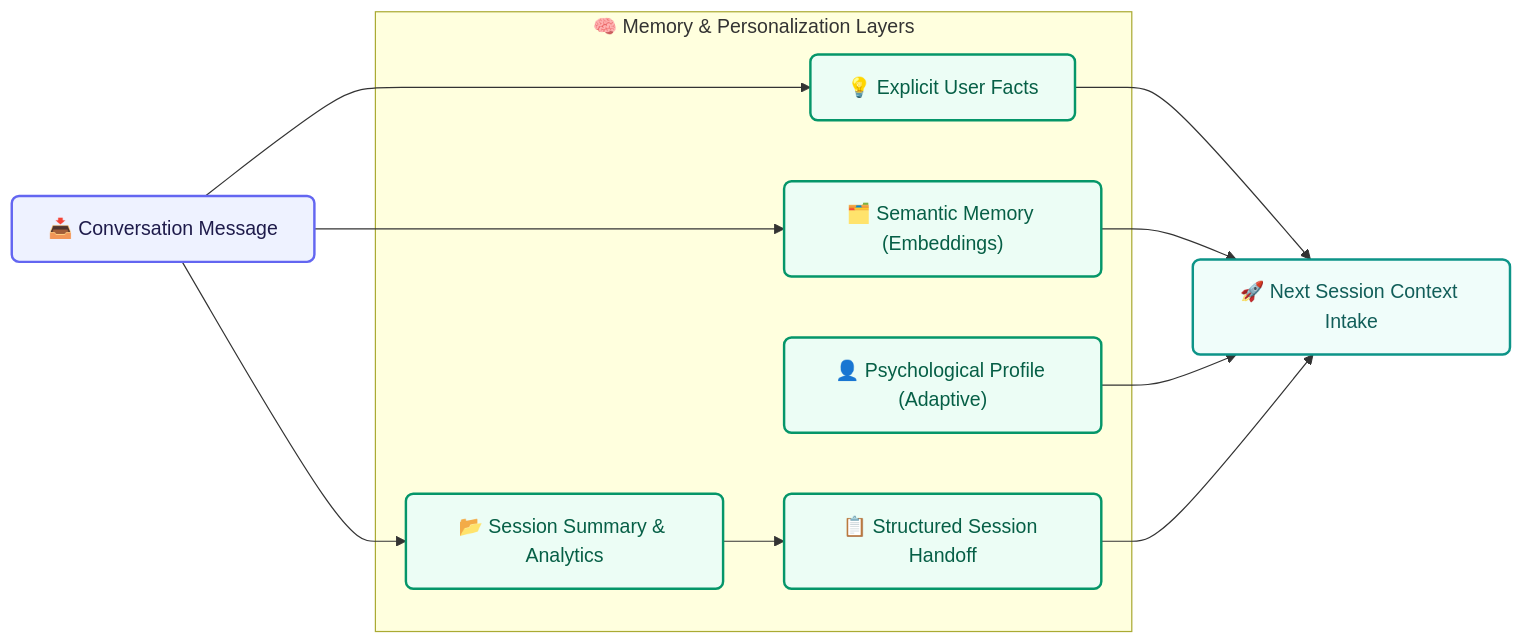
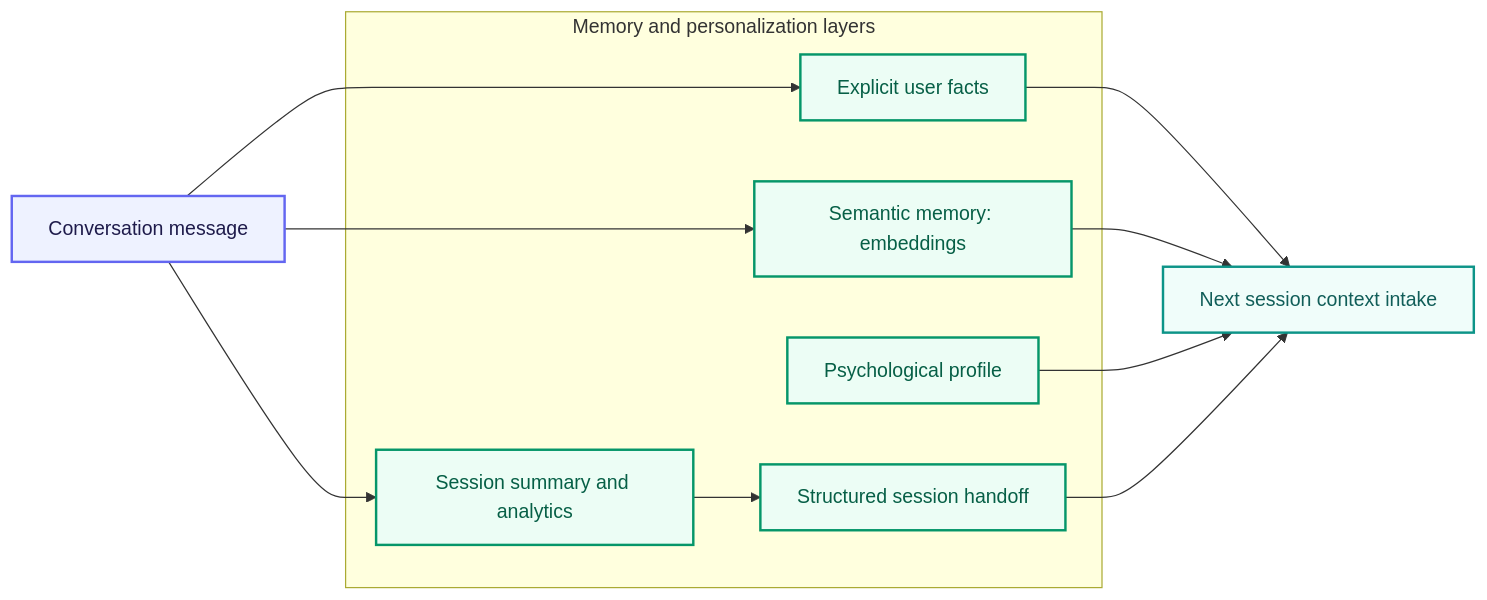
Before and after one commit to taha-mehmood-03/Personlaized-Trainer-Using-Agentic-AI: diagram 13 of 20 in README.md, drawn with Mermaid. The commit also changed other lines of this file, not shown here.

````diff
--- a/README.md
+++ b/README.md
@@ -1064,28 +893,25 @@
 ```mermaid
 flowchart LR
-    %% Class Definitions
-    classDef client fill:#EEF2FF,stroke:#6366F1,stroke-width:2px,color:#1E1B4B,rx:6px,ry:6px;
-    classDef agent fill:#F0FDFA,stroke:#0D9488,stroke-width:2px,color:#115E59,rx:6px,ry:6px;
-    classDef data fill:#ECFDF5,stroke:#059669,stroke-width:2px,color:#065F46,rx:6px,ry:6px;
+    classDef client fill:#EEF2FF,stroke:#6366F1,stroke-width:2px,color:#1E1B4B;
+    classDef agent fill:#F0FDFA,stroke:#0D9488,stroke-width:2px,color:#115E59;
+    classDef data fill:#ECFDF5,stroke:#059669,stroke-width:2px,color:#065F46;
 
-    Message["📥 Conversation Message"]:::client
-    
-    subgraph MemoryLayers["🧠 Memory & Personalization Layers"]
-        Explicit["💡 Explicit User Facts"]:::data
-        Semantic["🗂️ Semantic Memory (Embeddings)"]:::data
-        Summary["📂 Session Summary & Analytics"]:::data
-        Profile["👤 Psychological Profile (Adaptive)"]:::data
-        Handoff["📋 Structured Session Handoff"]:::data
+    Message["Conversation message"]:::client
+
+    subgraph MemoryLayers["Memory and personalization layers"]
+        Explicit["Explicit user facts"]:::data
+        Semantic["Semantic memory: embeddings"]:::data
+        Summary["Session summary and analytics"]:::data
+        Profile["Psychological profile"]:::data
+        Handoff["Structured session handoff"]:::data
     end
-    
-    NextSession["🚀 Next Session Context Intake"]:::agent
 
-    Message --> Explicit
-    Message --> Semantic
-    Message --> Summary
+    NextSession["Next session context intake"]:::agent
+
+    Message --> Explicit & Semantic & Summary
     Summary --> Handoff
     Explicit --> NextSession
     Semantic --> NextSession
     Profile --> NextSession
     Handoff --> NextSession
 ```
````
